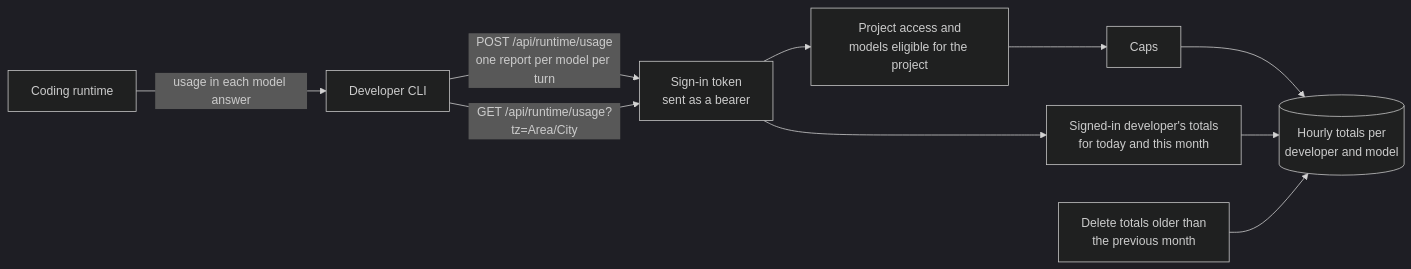
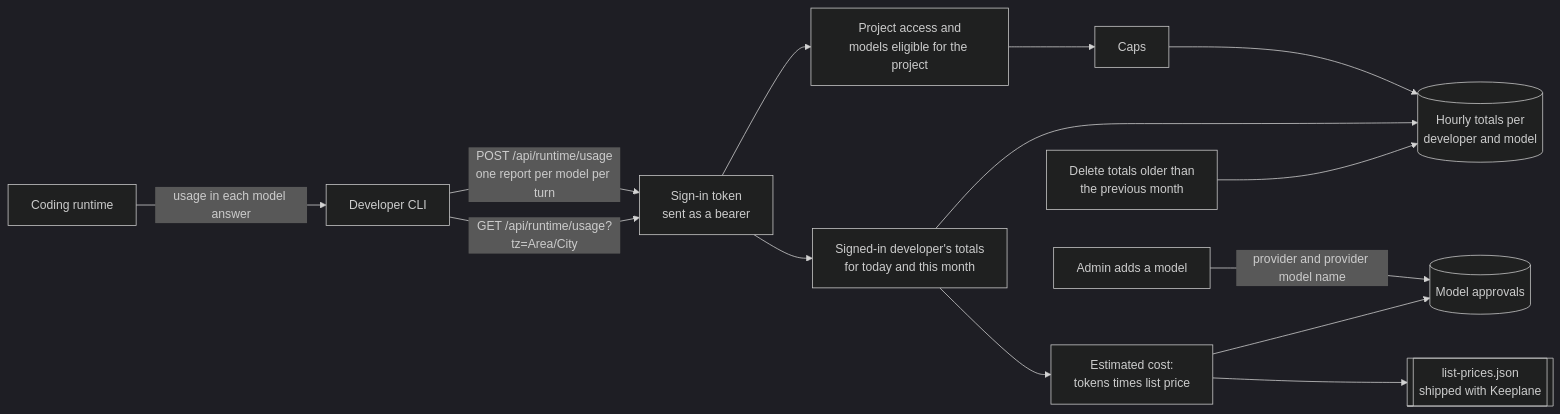
Before and after one commit to OsamaFelFel/keeplane: the diagram in docs/architecture/developer-usage.md, drawn with Mermaid (dark theme). The commit also changed other lines of this file and 19 other files, not shown here.

First line of the commit message:
feat(usage): estimate cost from a shipped list-price table

````diff
--- a/docs/architecture/developer-usage.md
+++ b/docs/architecture/developer-usage.md
@@ -7,12 +7,16 @@
 ```mermaid
 flowchart LR
   Runtime[Coding runtime] -->|usage in each model answer| CLI[Developer CLI]
   CLI -->|POST /api/runtime/usage<br/>one report per model per turn| Auth[Sign-in token<br/>sent as a bearer]
   Auth --> Check[Project access and<br/>models eligible for the project]
   Check --> Caps[Caps]
   Caps --> Totals[(Hourly totals per<br/>developer and model)]
   CLI -->|GET /api/runtime/usage?tz=Area/City| Auth
   Auth --> Read[Signed-in developer's totals<br/>for today and this month]
   Read --> Totals
+  Read --> Cost[Estimated cost:<br/>tokens times list price]
+  Add[Admin adds a model] -->|provider and provider model name| Approvals[(Model approvals)]
+  Cost --> Approvals
+  Cost --> Prices[[list-prices.json<br/>shipped with Keeplane]]
   Retention[Delete totals older than<br/>the previous month] --> Totals
 ```
````
